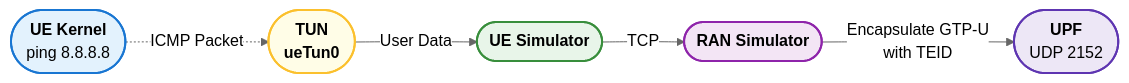
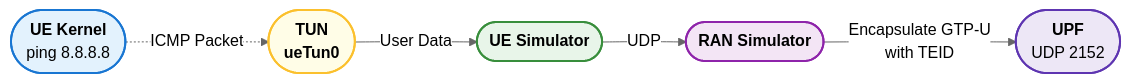
The first of 2 diagrams in doc/doc-design-document/01-userspace-gtp-u.md (HanHongChen/free-ran-ue), drawn with Mermaid (neutral theme) before and after one commit. The commit also changed other lines of this file and 1 other file, not shown here.

Commit message:
docs: update udp version link

````diff
--- a/doc/doc-design-document/01-userspace-gtp-u.md
+++ b/doc/doc-design-document/01-userspace-gtp-u.md
@@ -15,28 +15,28 @@
 ```mermaid
 graph LR
     UE_Kernel(["<b>UE Kernel</b><br/>ping 8.8.8.8"])
     TUN(["<b>TUN<br/>ueTun0</b>"])
     UE_Sim(["<b>UE Simulator</b>"])
     RAN_Sim(["<b>RAN Simulator</b>"])
     UPF(["<b>UPF</b><br/>UDP 2152"])
 
     UE_Kernel -.->|"ICMP Packet"| TUN
     TUN -- "User Data" --> UE_Sim
-    UE_Sim -- "TCP" --> RAN_Sim
+    UE_Sim -- "UDP" --> RAN_Sim
     RAN_Sim -- "Encapsulate GTP-U <br/> with TEID" --> UPF
 
     %% 樣式美化
     classDef kernel fill:#e3f2fd,stroke:#1976d2,stroke-width:2px;
     classDef tun fill:#fffde7,stroke:#fbc02d,stroke-width:2px;
     classDef sim fill:#e8f5e9,stroke:#388e3c,stroke-width:2px;
     classDef ran fill:#f3e5f5,stroke:#8e24aa,stroke-width:2px;
     classDef gtpu fill:#fbe9e7,stroke:#d84315,stroke-width:2px;
     classDef upf fill:#ede7f6,stroke:#5e35b1,stroke-width:2px;
 
     class UE_Kernel kernel;
     class TUN tun;
     class UE_Sim sim;
     class RAN_Sim ran;
     class GTPU gtpu;
     class UPF upf;
 ```
````
